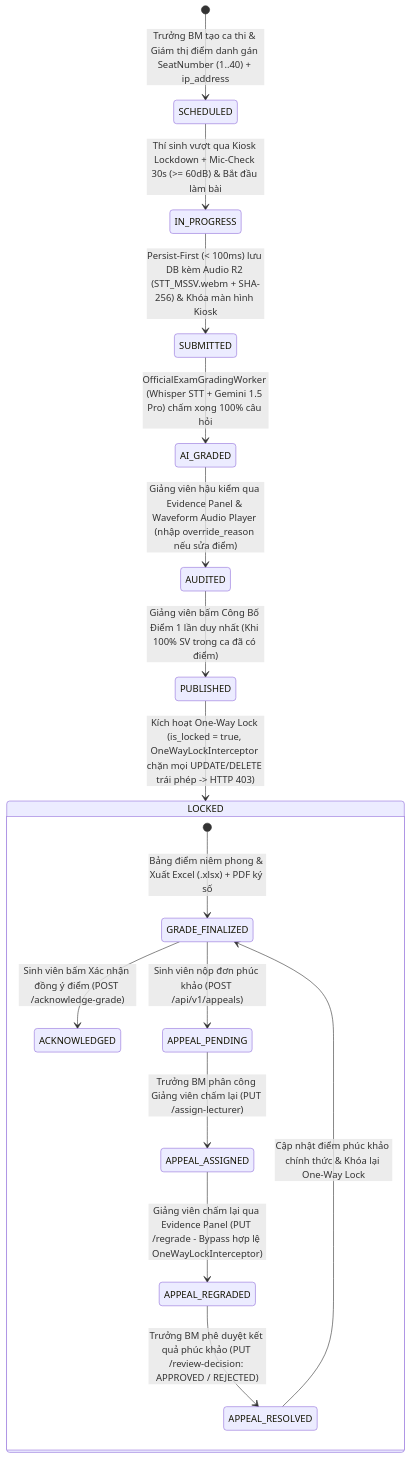
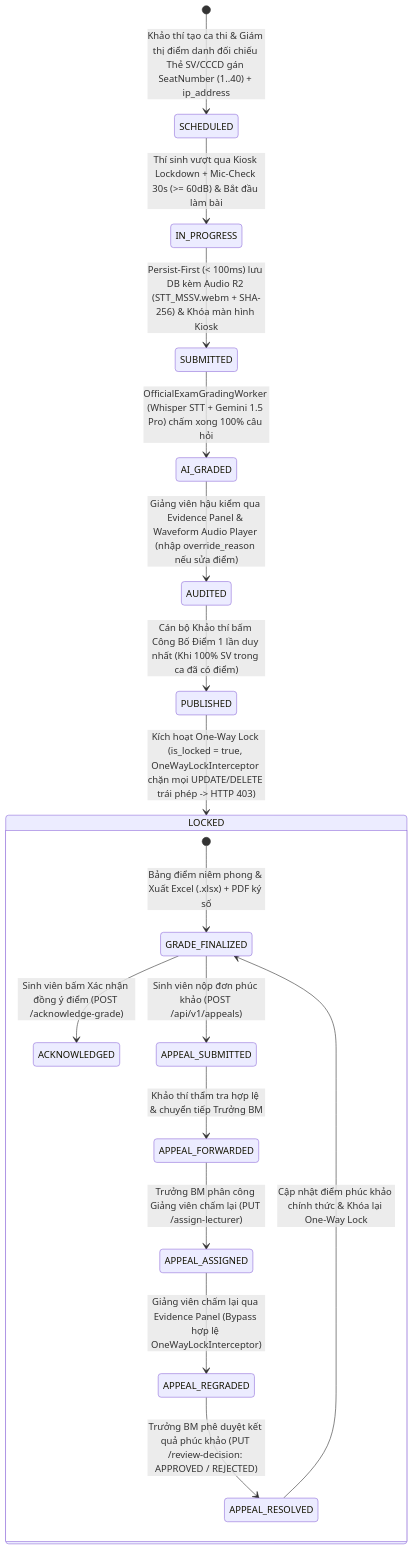
Diagram 12 of 12 in docs/01_architecture/MO_TA_4_LUONG_MAINFLOW_NGHIEP_VU.md (An-LLM-based-Oral-Examination/oral-exam-system), drawn with Mermaid before and after one commit. The commit also changed other lines of this file and 162 other files, not shown here.

Commit message:
feat(official-exam): sync 6 roles rbac, course clos, anti-cheat logs and architecture docs

````diff
--- a/docs/01_architecture/MO_TA_4_LUONG_MAINFLOW_NGHIEP_VU.md
+++ b/docs/01_architecture/MO_TA_4_LUONG_MAINFLOW_NGHIEP_VU.md
@@ -1035,20 +1054,21 @@
 ```mermaid
 stateDiagram-v2
-    [*] --> SCHEDULED: Trưởng BM tạo ca thi & Giám thị điểm danh gán SeatNumber (1..40) + ip_address
+    [*] --> SCHEDULED: Khảo thí tạo ca thi & Giám thị điểm danh đối chiếu Thẻ SV/CCCD gán SeatNumber (1..40) + ip_address
     SCHEDULED --> IN_PROGRESS: Thí sinh vượt qua Kiosk Lockdown + Mic-Check 30s (>= 60dB) & Bắt đầu làm bài
     IN_PROGRESS --> SUBMITTED: Persist-First (< 100ms) lưu DB kèm Audio R2 (STT_MSSV.webm + SHA-256) & Khóa màn hình Kiosk
     SUBMITTED --> AI_GRADED: OfficialExamGradingWorker (Whisper STT + Gemini 1.5 Pro) chấm xong 100% câu hỏi
     AI_GRADED --> AUDITED: Giảng viên hậu kiểm qua Evidence Panel & Waveform Audio Player (nhập override_reason nếu sửa điểm)
-    AUDITED --> PUBLISHED: Giảng viên bấm Công Bố Điểm 1 lần duy nhất (Khi 100% SV trong ca đã có điểm)
+    AUDITED --> PUBLISHED: Cán bộ Khảo thí bấm Công Bố Điểm 1 lần duy nhất (Khi 100% SV trong ca đã có điểm)
     PUBLISHED --> LOCKED: Kích hoạt One-Way Lock (is_locked = true, OneWayLockInterceptor chặn mọi UPDATE/DELETE trái phép -> HTTP 403)
 
     state LOCKED {
         [*] --> GRADE_FINALIZED: Bảng điểm niêm phong & Xuất Excel (.xlsx) + PDF ký số
         GRADE_FINALIZED --> ACKNOWLEDGED: Sinh viên bấm Xác nhận đồng ý điểm (POST /acknowledge-grade)
-        GRADE_FINALIZED --> APPEAL_PENDING: Sinh viên nộp đơn phúc khảo (POST /api/v1/appeals)
-        APPEAL_PENDING --> APPEAL_ASSIGNED: Trưởng BM phân công Giảng viên chấm lại (PUT /assign-lecturer)
-        APPEAL_ASSIGNED --> APPEAL_REGRADED: Giảng viên chấm lại qua Evidence Panel (PUT /regrade - Bypass hợp lệ OneWayLockInterceptor)
+        GRADE_FINALIZED --> APPEAL_SUBMITTED: Sinh viên nộp đơn phúc khảo (POST /api/v1/appeals)
+        APPEAL_SUBMITTED --> APPEAL_FORWARDED: Khảo thí thẩm tra hợp lệ & chuyển tiếp Trưởng BM
+        APPEAL_FORWARDED --> APPEAL_ASSIGNED: Trưởng BM phân công Giảng viên chấm lại (PUT /assign-lecturer)
+        APPEAL_ASSIGNED --> APPEAL_REGRADED: Giảng viên chấm lại qua Evidence Panel (Bypass hợp lệ OneWayLockInterceptor)
         APPEAL_REGRADED --> APPEAL_RESOLVED: Trưởng BM phê duyệt kết quả phúc khảo (PUT /review-decision: APPROVED / REJECTED)
         APPEAL_RESOLVED --> GRADE_FINALIZED: Cập nhật điểm phúc khảo chính thức & Khóa lại One-Way Lock
     }
 ```
````
